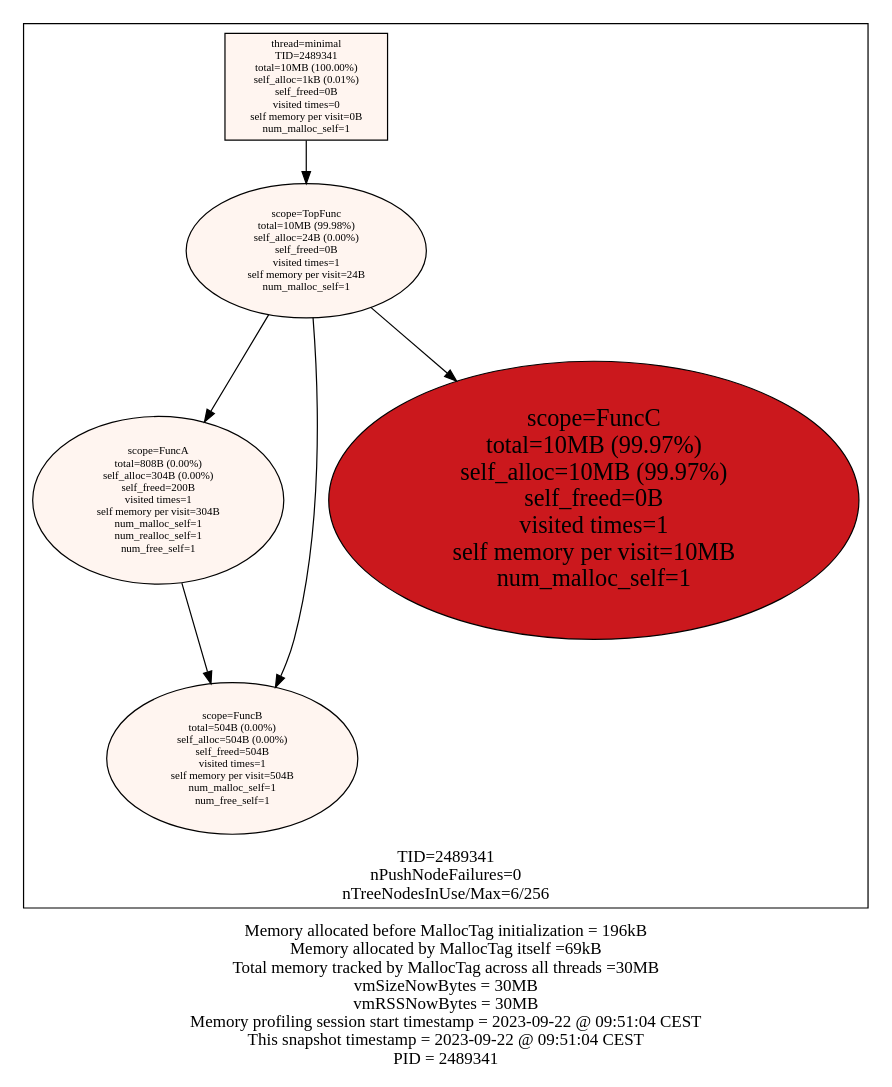
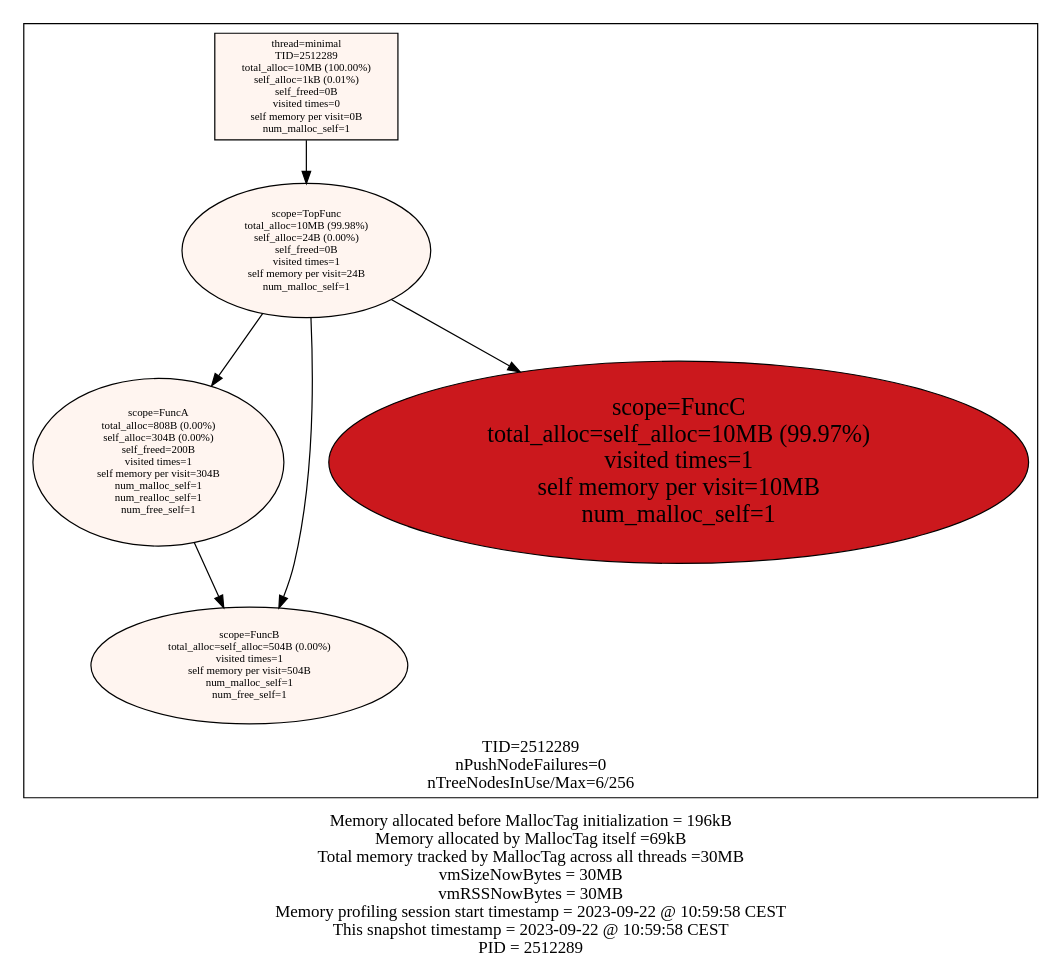
Before and after one commit to f18m/malloc-tag: the diagram in examples/minimal/minimal_stats.dot, drawn with Graphviz. The commit also changed 11 other files, not shown here.

Commit message:
clarify bytesTotal and weigthTotal and weightSelf

```diff
--- a/examples/minimal/minimal_stats.dot
+++ b/examples/minimal/minimal_stats.dot
@@ -1,22 +1,22 @@
 digraph MallocTree {
  node [colorscheme=reds9 style=filled]
- subgraph cluster_TID2489341 {
+ subgraph cluster_TID2512289 {
   node [colorscheme=reds9 style=filled]
   labelloc="b"
-  label="TID=2489341\nnPushNodeFailures=0\nnTreeNodesInUse/Max=6/256\n"
-  "2489341_minimal" [label="thread=minimal\nTID=2489341\ntotal=10MB (100.00%)\nself_alloc=1kB (0.01%)\nself_freed=0B\nvisited times=0\nself memory per visit=0B\nnum_malloc_self=1" shape=box fillcolor=1 fontsize=9]
-  "2489341_minimal" -> "2489341_TopFunc"
-  "2489341_TopFunc" [label="scope=TopFunc\ntotal=10MB (99.98%)\nself_alloc=24B (0.00%)\nself_freed=0B\nvisited times=1\nself memory per visit=24B\nnum_malloc_self=1" fillcolor=1 fontsize=9]
-  "2489341_TopFunc" -> "2489341_FuncA"
-  "2489341_TopFunc" -> "2489341_FuncB"
-  "2489341_TopFunc" -> "2489341_FuncC"
-  "2489341_FuncA" [label="scope=FuncA\ntotal=808B (0.00%)\nself_alloc=304B (0.00%)\nself_freed=200B\nvisited times=1\nself memory per visit=304B\nnum_malloc_self=1\nnum_realloc_self=1\nnum_free_self=1" fillcolor=1 fontsize=9]
-  "2489341_FuncA" -> "2489341_FuncB"
-  "2489341_FuncB" [label="scope=FuncB\ntotal=504B (0.00%)\nself_alloc=504B (0.00%)\nself_freed=504B\nvisited times=1\nself memory per visit=504B\nnum_malloc_self=1\nnum_free_self=1" fillcolor=1 fontsize=9]
-  "2489341_FuncB" [label="scope=FuncB\ntotal=504B (0.00%)\nself_alloc=504B (0.00%)\nself_freed=504B\nvisited times=1\nself memory per visit=504B\nnum_malloc_self=1\nnum_free_self=1" fillcolor=1 fontsize=9]
-  "2489341_FuncC" [label="scope=FuncC\ntotal=10MB (99.97%)\nself_alloc=10MB (99.97%)\nself_freed=0B\nvisited times=1\nself memory per visit=10MB\nnum_malloc_self=1" fillcolor=7 fontsize=20]
+  label="TID=2512289\nnPushNodeFailures=0\nnTreeNodesInUse/Max=6/256\n"
+  "2512289_minimal" [label="thread=minimal\nTID=2512289\ntotal_alloc=10MB (100.00%)\nself_alloc=1kB (0.01%)\nself_freed=0B\nvisited times=0\nself memory per visit=0B\nnum_malloc_self=1" shape=box fillcolor=1 fontsize=9]
+  "2512289_minimal" -> "2512289_TopFunc"
+  "2512289_TopFunc" [label="scope=TopFunc\ntotal_alloc=10MB (99.98%)\nself_alloc=24B (0.00%)\nself_freed=0B\nvisited times=1\nself memory per visit=24B\nnum_malloc_self=1" fillcolor=1 fontsize=9]
+  "2512289_TopFunc" -> "2512289_FuncA"
+  "2512289_TopFunc" -> "2512289_FuncB"
+  "2512289_TopFunc" -> "2512289_FuncC"
+  "2512289_FuncA" [label="scope=FuncA\ntotal_alloc=808B (0.00%)\nself_alloc=304B (0.00%)\nself_freed=200B\nvisited times=1\nself memory per visit=304B\nnum_malloc_self=1\nnum_realloc_self=1\nnum_free_self=1" fillcolor=1 fontsize=9]
+  "2512289_FuncA" -> "2512289_FuncB"
+  "2512289_FuncB" [label="scope=FuncB\ntotal_alloc=self_alloc=504B (0.00%)\nvisited times=1\nself memory per visit=504B\nnum_malloc_self=1\nnum_free_self=1" fillcolor=1 fontsize=9]
+  "2512289_FuncB" [label="scope=FuncB\ntotal_alloc=self_alloc=504B (0.00%)\nvisited times=1\nself memory per visit=504B\nnum_malloc_self=1\nnum_free_self=1" fillcolor=1 fontsize=9]
+  "2512289_FuncC" [label="scope=FuncC\ntotal_alloc=self_alloc=10MB (99.97%)\nvisited times=1\nself memory per visit=10MB\nnum_malloc_self=1" fillcolor=7 fontsize=20]
  }
 
  labelloc="b"
- label="Memory allocated before MallocTag initialization = 196kB\nMemory allocated by MallocTag itself =69kB\nTotal memory tracked by MallocTag across all threads =30MB\nvmSizeNowBytes = 30MB\nvmRSSNowBytes = 30MB\nMemory profiling session start timestamp = 2023-09-22 @ 09:51:04 CEST\nThis snapshot timestamp = 2023-09-22 @ 09:51:04 CEST\nPID = 2489341\n"
+ label="Memory allocated before MallocTag initialization = 196kB\nMemory allocated by MallocTag itself =69kB\nTotal memory tracked by MallocTag across all threads =30MB\nvmSizeNowBytes = 30MB\nvmRSSNowBytes = 30MB\nMemory profiling session start timestamp = 2023-09-22 @ 10:59:58 CEST\nThis snapshot timestamp = 2023-09-22 @ 10:59:58 CEST\nPID = 2512289\n"
 }
```
